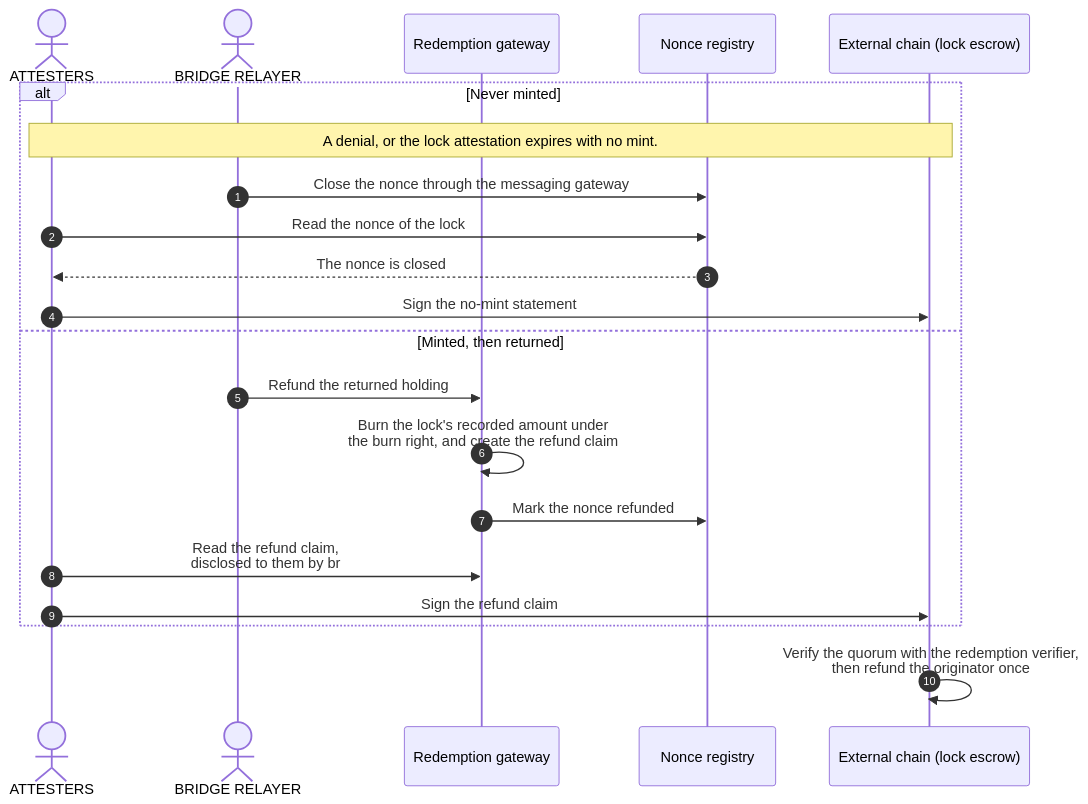
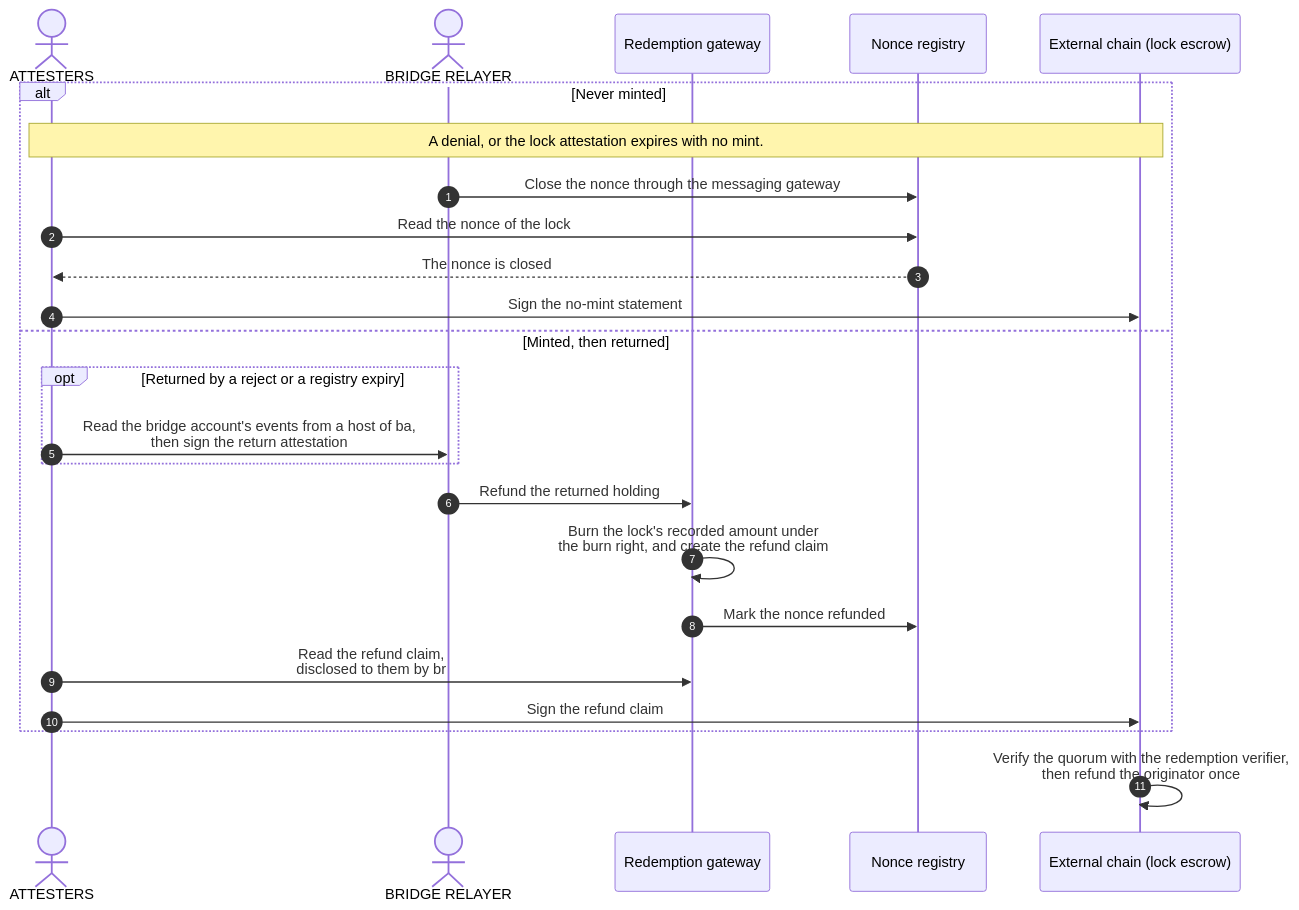
One commit to OpenZeppelin/canton-specs changed the second of 3 diagrams in docs/reference-architectures/cross-chain-stablecoin.md. Above: the diagram before and after it, drawn with Mermaid. The commit also changed other lines of this file, not shown here.

Commit message:
attestors now sign a return attestation, limitting br

````diff
--- a/docs/reference-architectures/cross-chain-stablecoin.md
+++ b/docs/reference-architectures/cross-chain-stablecoin.md
@@ -572,24 +580,27 @@
 ```mermaid
 sequenceDiagram
     autonumber
     actor Attesters as ATTESTERS
     actor Relayer as BRIDGE RELAYER
     participant Redeem as Redemption gateway
     participant Reg as Nonce registry
     participant Chain as External chain (lock escrow)
 
     alt Never minted
         Note over Attesters,Chain: A denial, or the lock attestation expires with no mint.
         Relayer->>Reg: Close the nonce through the messaging gateway
         Attesters->>Reg: Read the nonce of the lock
         Reg-->>Attesters: The nonce is closed
         Attesters->>Chain: Sign the no-mint statement
     else Minted, then returned
+        opt Returned by a reject or a registry expiry
+            Attesters->>Relayer: Read the bridge account's events from a host of ba,<br/>then sign the return attestation
+        end
         Relayer->>Redeem: Refund the returned holding
         Redeem->>Redeem: Burn the lock's recorded amount under<br/>the burn right, and create the refund claim
         Redeem->>Reg: Mark the nonce refunded
         Attesters->>Redeem: Read the refund claim,<br/>disclosed to them by br
         Attesters->>Chain: Sign the refund claim
     end
     Chain->>Chain: Verify the quorum with the redemption verifier,<br/>then refund the originator once
 ```
````
